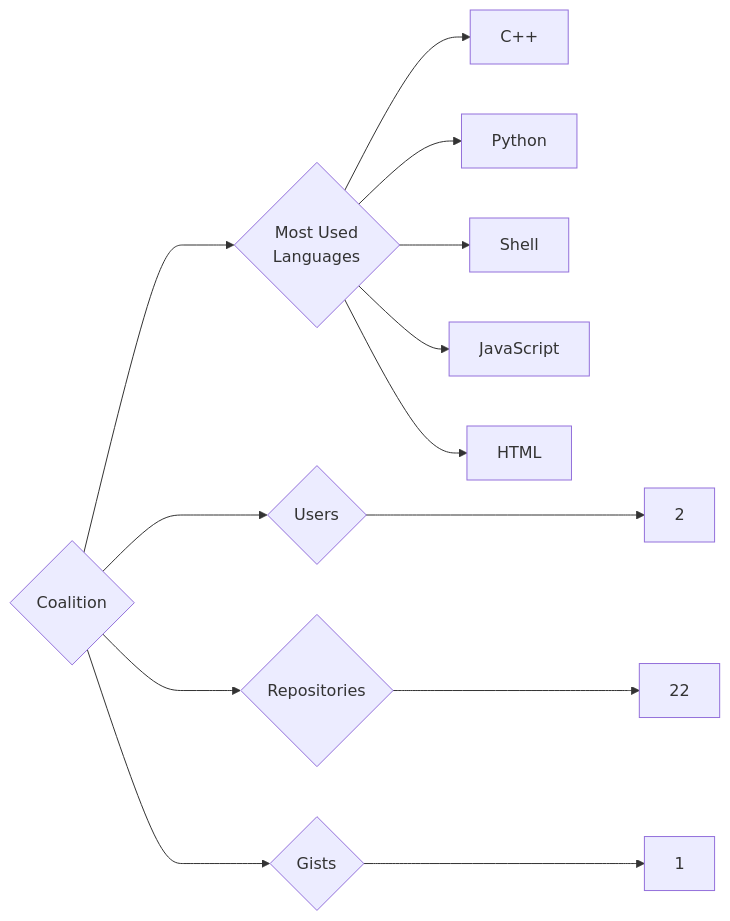
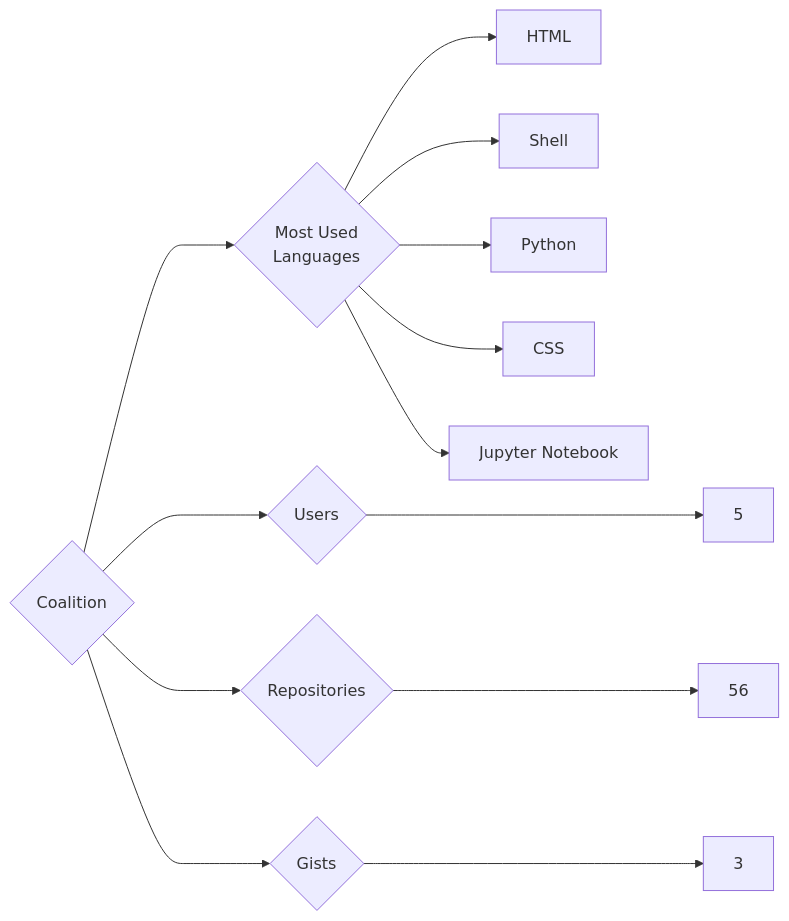
Before and after one commit to trickest/insiders: the diagram in targets/Coalition/README.md, drawn with Mermaid. The commit also changed 1166 other files, not shown here.

````diff
--- a/targets/Coalition/README.md
+++ b/targets/Coalition/README.md
@@ -3,13 +3,13 @@
 ```mermaid
 graph LR
 COMPANY_NAME{Coalition}
-COMPANY_NAME ---> U{Users} ---> UN[2]
-COMPANY_NAME ---> R{Repositories} ---> RN[22]
-COMPANY_NAME ---> G{Gists} ---> GN[1]
+COMPANY_NAME ---> U{Users} ---> UN[5]
+COMPANY_NAME ---> R{Repositories} ---> RN[56]
+COMPANY_NAME ---> G{Gists} ---> GN[3]
 COMPANY_NAME ---> ML{Most Used<br>Languages}
-ML --> C++[C++]
+ML --> HTML[HTML]
+ML --> Shell[Shell]
 ML --> Python[Python]
-ML --> Shell[Shell]
-ML --> JavaScript[JavaScript]
-ML --> HTML[HTML]
+ML --> CSS[CSS]
+ML --> Jupyter_Notebook[Jupyter Notebook]
 ```
````
